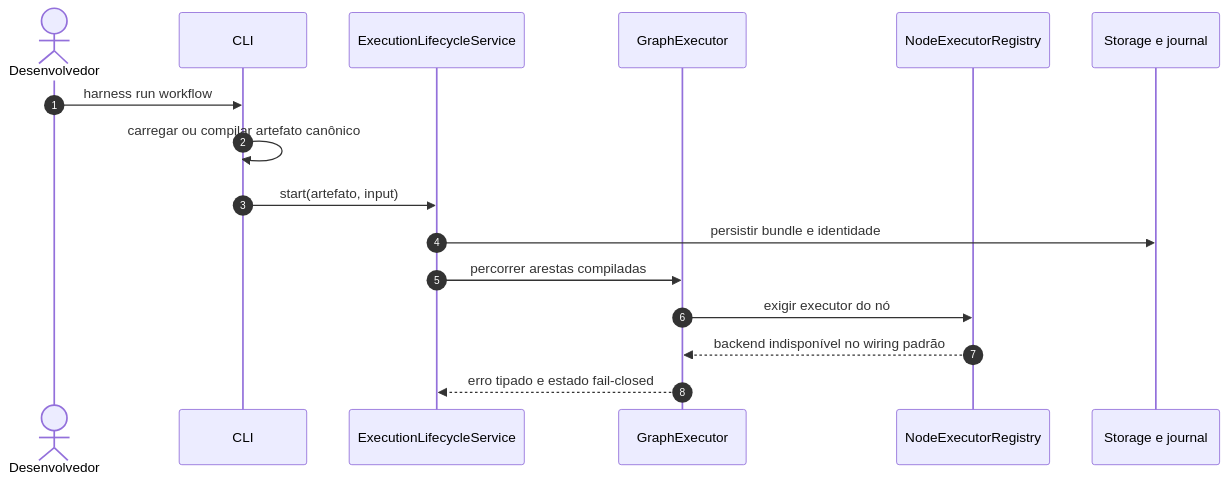
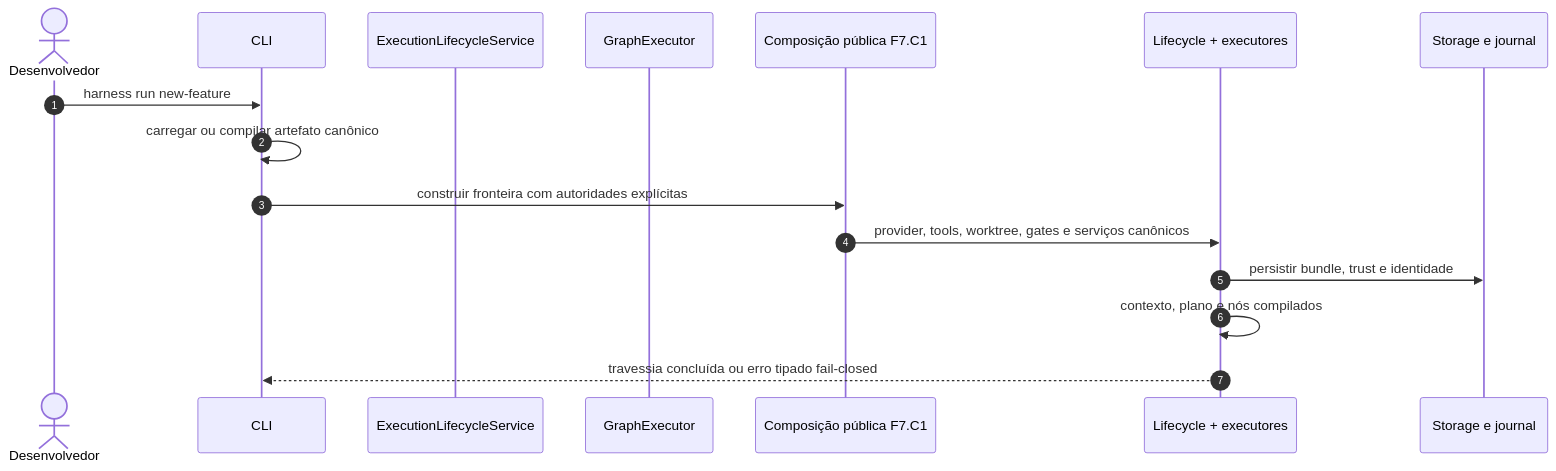
The first of 2 diagrams in docs/agentic_operating_model.md (Wf-ops1/Harnessinfra), drawn with Mermaid before and after one commit. The commit also changed other lines of this file and 19 other files, not shown here.

````diff
--- a/docs/agentic_operating_model.md
+++ b/docs/agentic_operating_model.md
@@ -11,19 +11,19 @@
 ```mermaid
 sequenceDiagram
     autonumber
     actor User as Desenvolvedor
     participant CLI as CLI
     participant Lifecycle as ExecutionLifecycleService
     participant Graph as GraphExecutor
-    participant Registry as NodeExecutorRegistry
+    participant Composition as Composição pública F7.C1
+    participant Runtime as Lifecycle + executores
     participant State as Storage e journal
 
-    User->>CLI: harness run workflow
+    User->>CLI: harness run new-feature
     CLI->>CLI: carregar ou compilar artefato canônico
-    CLI->>Lifecycle: start(artefato, input)
-    Lifecycle->>State: persistir bundle e identidade
-    Lifecycle->>Graph: percorrer arestas compiladas
-    Graph->>Registry: exigir executor do nó
-    Registry-->>Graph: backend indisponível no wiring padrão
-    Graph-->>Lifecycle: erro tipado e estado fail-closed
+    CLI->>Composition: construir fronteira com autoridades explícitas
+    Composition->>Runtime: provider, tools, worktree, gates e serviços canônicos
+    Runtime->>State: persistir bundle, trust e identidade
+    Runtime->>Runtime: contexto, plano e nós compilados
+    Runtime-->>CLI: travessia concluída ou erro tipado fail-closed
 ```
````
